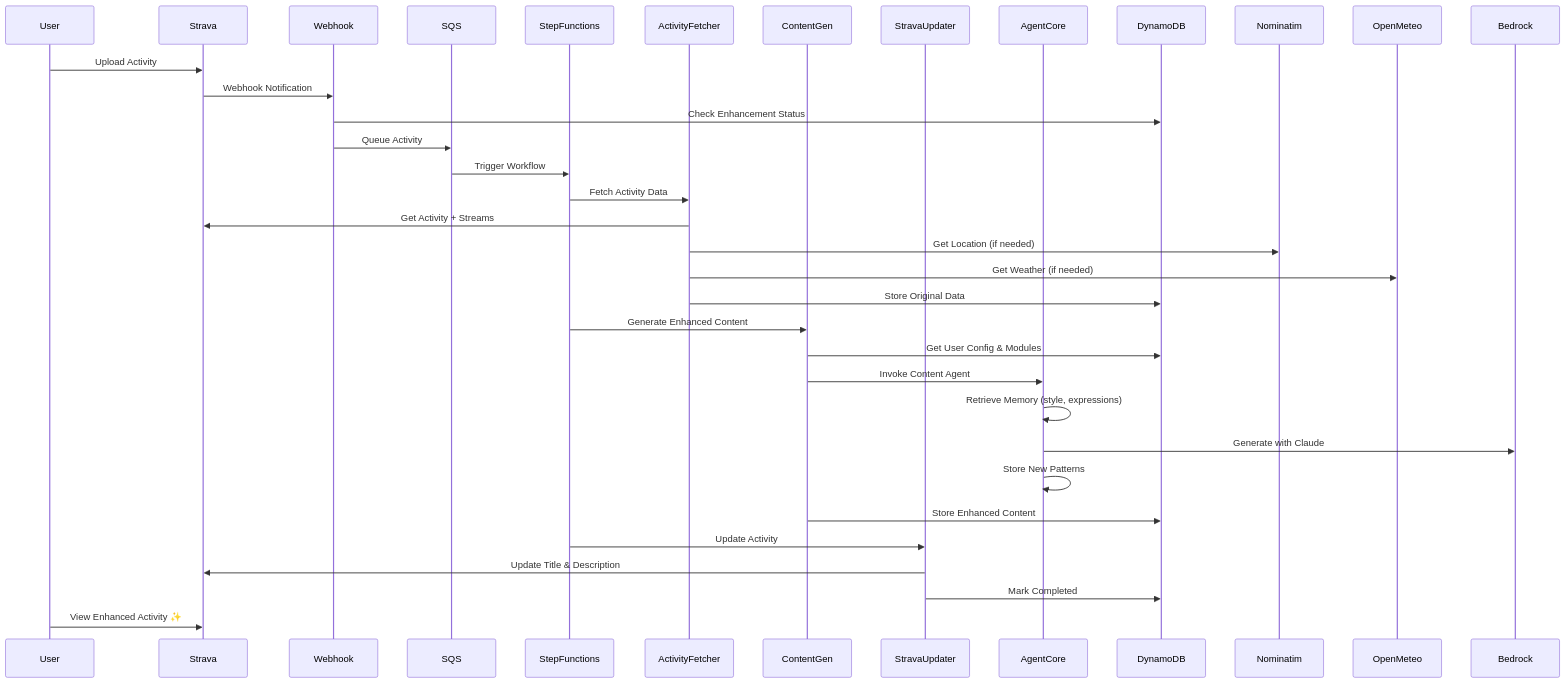
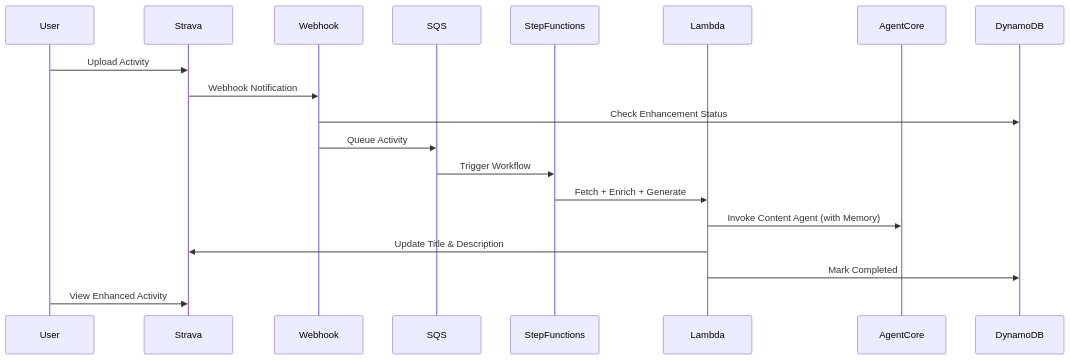
The second of 2 diagrams in README.md (el-pedrito/strava-ai-boost), drawn with Mermaid before and after one commit. The commit also changed other lines of this file and 9 other files, not shown here.

First line of the commit message:
docs: consolidate 9 doc files into README.md, add architecture diagram

````diff
--- a/README.md
+++ b/README.md
@@ -280,39 +245,22 @@
 ```mermaid
 sequenceDiagram
     participant User
     participant Strava
     participant Webhook
     participant SQS
     participant StepFunctions
-    participant ActivityFetcher
-    participant ContentGen
-    participant StravaUpdater
+    participant Lambda
     participant AgentCore
     participant DynamoDB
-    
+
     User->>Strava: Upload Activity
     Strava->>Webhook: Webhook Notification
     Webhook->>DynamoDB: Check Enhancement Status
     Webhook->>SQS: Queue Activity
     SQS->>StepFunctions: Trigger Workflow
-    
-    StepFunctions->>ActivityFetcher: Fetch Activity Data
-    ActivityFetcher->>Strava: Get Activity + Streams
-    ActivityFetcher->>Nominatim: Get Location (if needed)
-    ActivityFetcher->>OpenMeteo: Get Weather (if needed)
-    ActivityFetcher->>DynamoDB: Store Original Data
-    
-    StepFunctions->>ContentGen: Generate Enhanced Content
-    ContentGen->>DynamoDB: Get User Config & Modules
-    ContentGen->>AgentCore: Invoke Content Agent
-    AgentCore->>AgentCore: Retrieve Memory (style, expressions)
-    AgentCore->>Bedrock: Generate with Claude
-    AgentCore->>AgentCore: Store New Patterns
-    ContentGen->>DynamoDB: Store Enhanced Content
-    
-    StepFunctions->>StravaUpdater: Update Activity
-    StravaUpdater->>Strava: Update Title & Description
-    StravaUpdater->>DynamoDB: Mark Completed
-    
-    User->>Strava: View Enhanced Activity ✨
+    StepFunctions->>Lambda: Fetch + Enrich + Generate
+    Lambda->>AgentCore: Invoke Content Agent (with Memory)
+    Lambda->>Strava: Update Title & Description
+    Lambda->>DynamoDB: Mark Completed
+    User->>Strava: View Enhanced Activity
 ```
````
